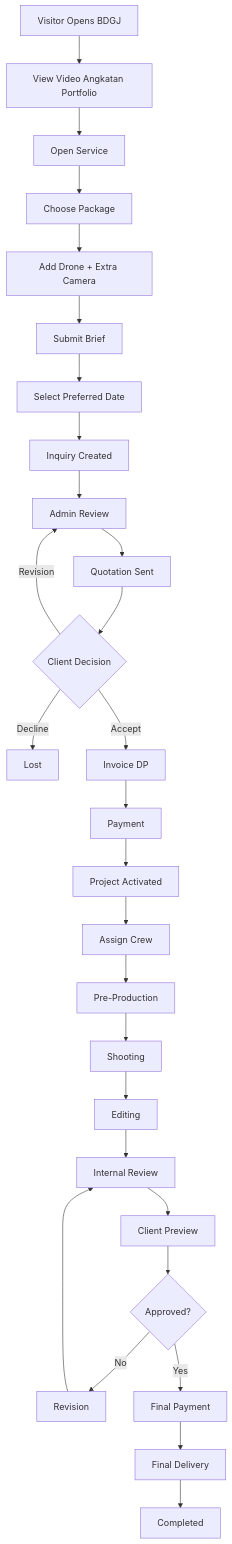
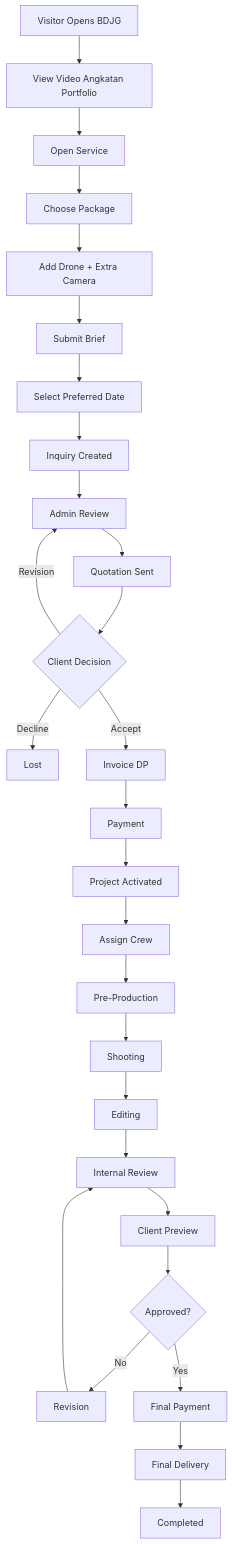
Before and after one commit to NanoKyuuun/BDJG: the seventh of 7 diagrams in docs/blueprint.md, drawn with Mermaid. The commit also changed other lines of this file, not shown here.

Commit message:
Refactor: rename BDGJ to BDJG

````diff
--- a/docs/blueprint.md
+++ b/docs/blueprint.md
@@ -2759,30 +2759,30 @@
 ```mermaid
 flowchart TD
-    A[Visitor Opens BDGJ] --> B[View Video Angkatan Portfolio]
+    A[Visitor Opens BDJG] --> B[View Video Angkatan Portfolio]
     B --> C[Open Service]
     C --> D[Choose Package]
     D --> E[Add Drone + Extra Camera]
     E --> F[Submit Brief]
     F --> G[Select Preferred Date]
     G --> H[Inquiry Created]
     H --> I[Admin Review]
     I --> J[Quotation Sent]
     J --> K{Client Decision}
     K -->|Revision| I
     K -->|Decline| L[Lost]
     K -->|Accept| M[Invoice DP]
     M --> N[Payment]
     N --> O[Project Activated]
     O --> P[Assign Crew]
     P --> Q[Pre-Production]
     Q --> R[Shooting]
     R --> S[Editing]
     S --> T[Internal Review]
     T --> U[Client Preview]
     U --> V{Approved?}
     V -->|No| W[Revision]
     W --> T
     V -->|Yes| X[Final Payment]
     X --> Y[Final Delivery]
     Y --> Z[Completed]
 ```
````
